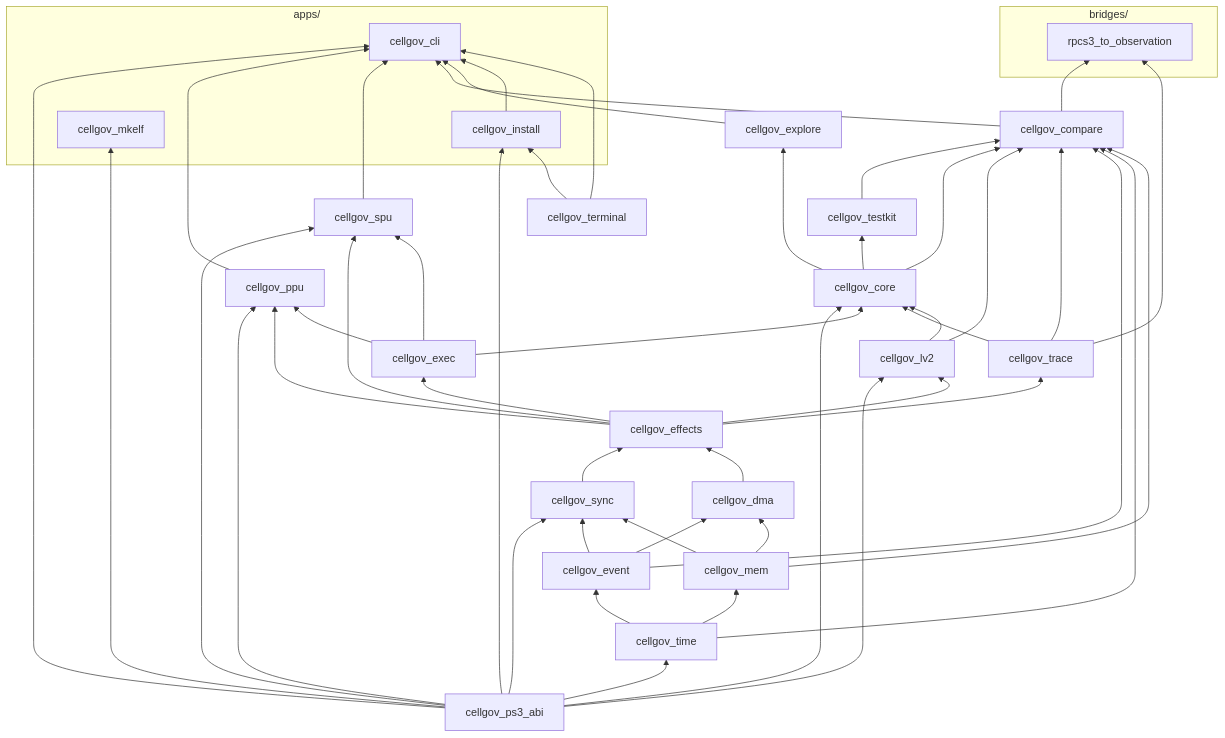
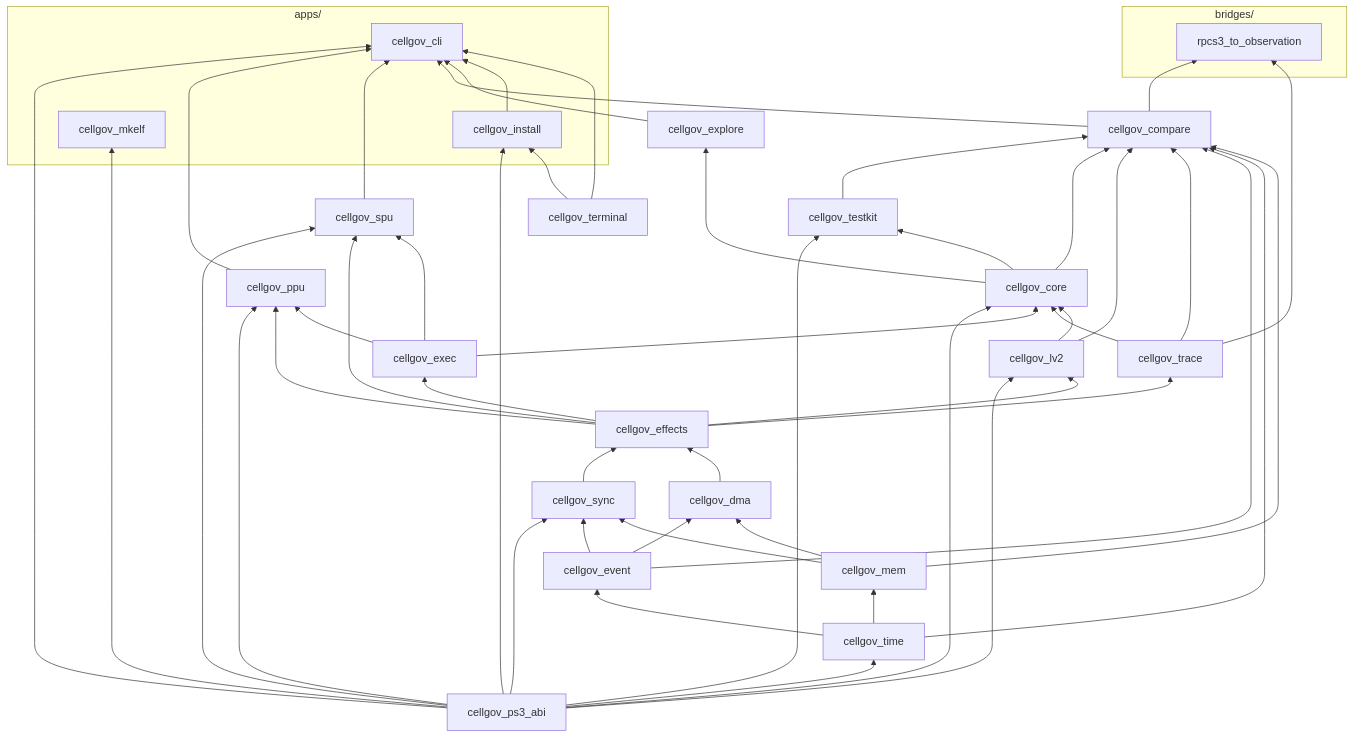
The diagram in docs/architecture/workspace.md (RoyalAce22/CellGov), drawn with Mermaid before and after one commit. The commit also changed other lines of this file and 55 other files, not shown here.

```diff
--- a/docs/architecture/workspace.md
+++ b/docs/architecture/workspace.md
@@ -47,6 +47,7 @@
   ps3_abi --> ppu
   ps3_abi --> spu
   ps3_abi --> core
+  ps3_abi --> testkit
   ps3_abi --> cli
   ps3_abi --> firmware
   ps3_abi --> mkelf
```
